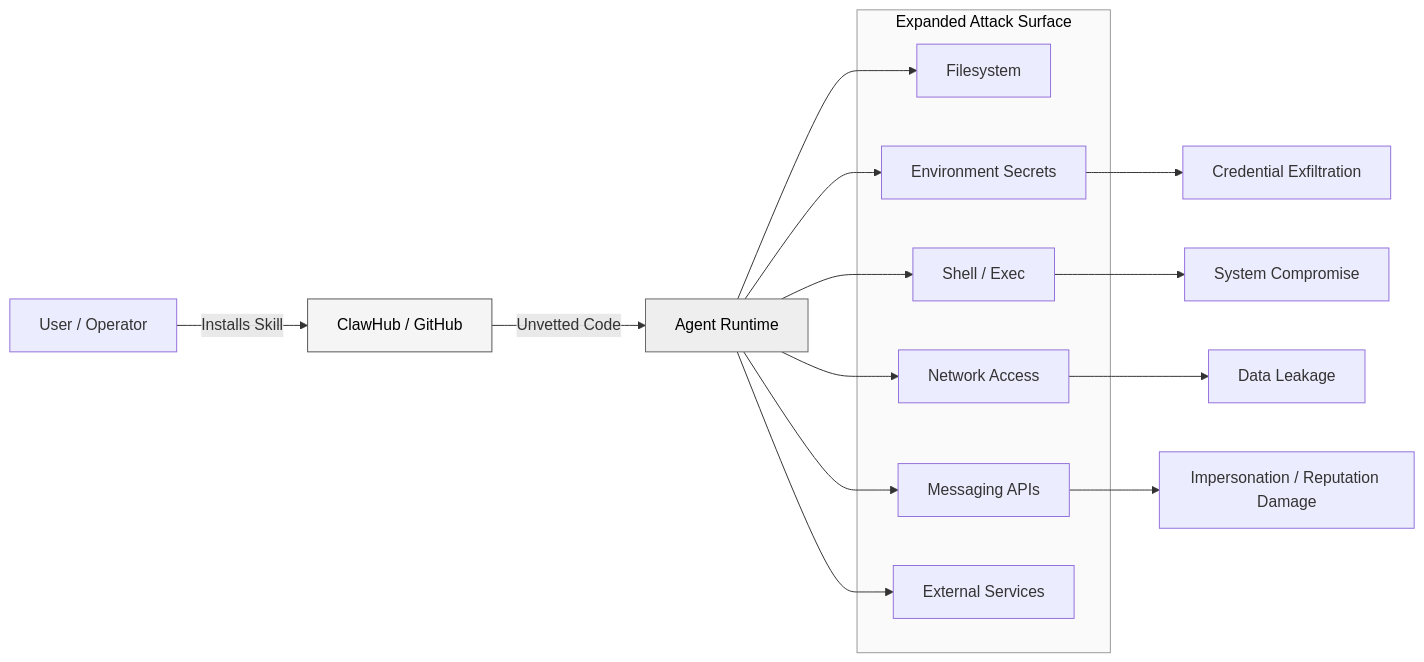
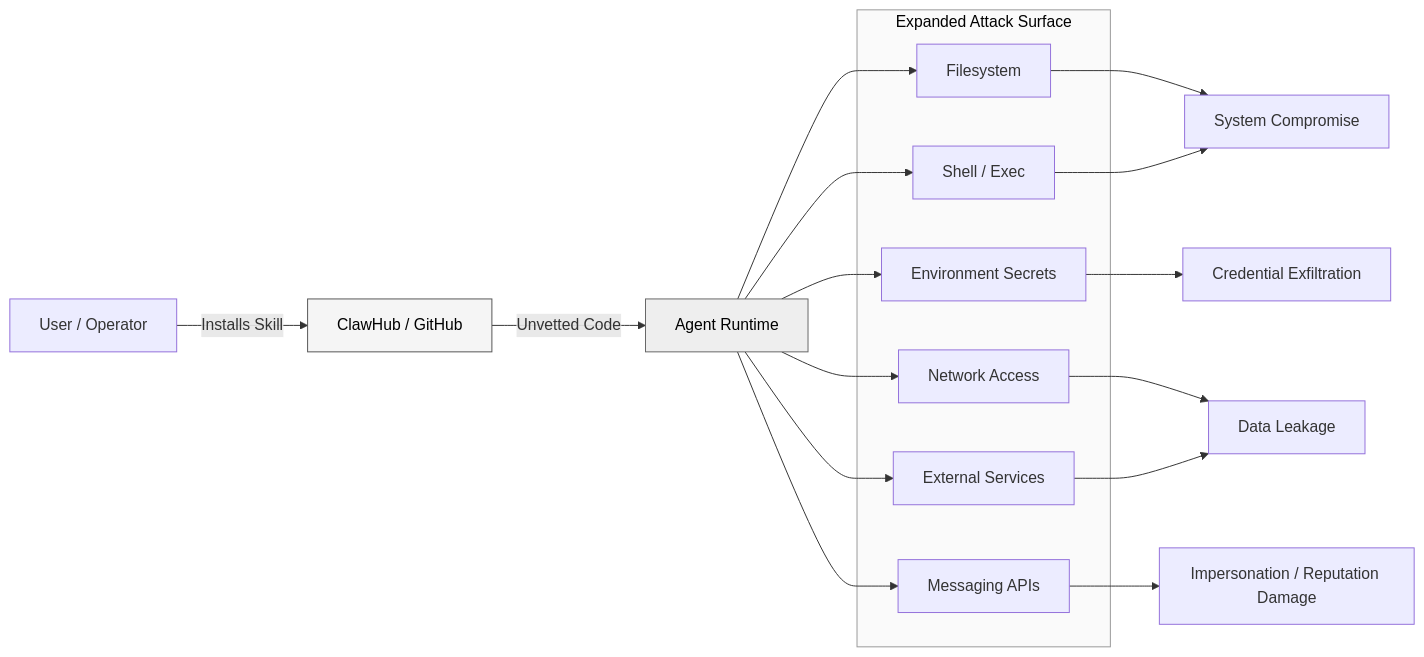
The ninth of 12 diagrams in AI-ML/OpenClaw-Whitepaper.md (rsrini7/Learnings), drawn with Mermaid before and after one commit. The commit also changed other lines of this file, not shown here.

````diff
--- a/AI-ML/OpenClaw-Whitepaper.md
+++ b/AI-ML/OpenClaw-Whitepaper.md
@@ -1210,34 +1210,36 @@
 ```mermaid
 flowchart LR
     U[User / Operator]
     M[ClawHub / GitHub]
     R[Agent Runtime]
 
     U -->|Installs Skill| M
     M -->|Unvetted Code| R
 
     R --> FS[Filesystem]
     R --> ENV[Environment Secrets]
     R --> SH[Shell / Exec]
     R --> NET[Network Access]
     R --> MSG[Messaging APIs]
     R --> EXT[External Services]
 
     subgraph ATTACK_SURFACE["Expanded Attack Surface"]
         FS
         ENV
         SH
         NET
         MSG
         EXT
     end
 
-    SH --> C1[System Compromise]
+    FS --> C1[System Compromise]
     ENV --> C2[Credential Exfiltration]
+    SH --> C1
     NET --> C3[Data Leakage]
     MSG --> C4[Impersonation / Reputation Damage]
+    EXT --> C3
 
     style M fill:#f5f5f5,stroke:#555,color:#000
     style R fill:#eeeeee,stroke:#666,color:#000
     style ATTACK_SURFACE fill:#fafafa,stroke:#999,color:#000
 ```
````
